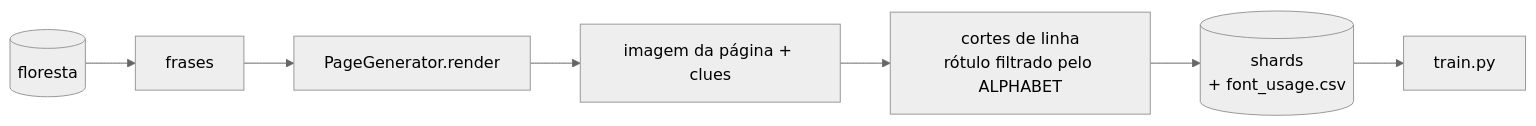
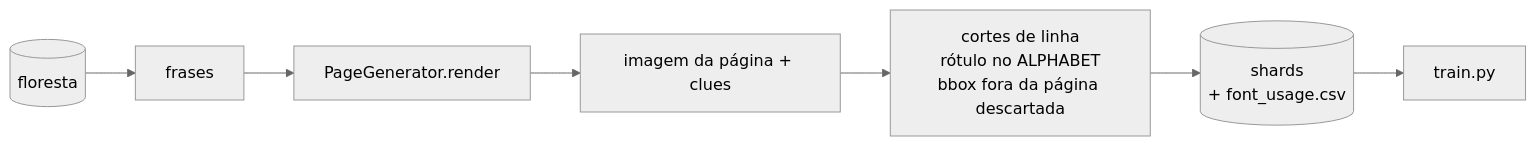
One commit to izacgaldino23/ig-ocr changed the third of 3 diagrams in docs/data-flow.md. Above: the diagram before and after it, drawn with Mermaid (neutral theme). The commit also changed other lines of this file and 9 other files, not shown here.

````diff
--- a/docs/data-flow.md
+++ b/docs/data-flow.md
@@ -48,9 +49,9 @@
 ```mermaid
 flowchart LR
     corpus[(floresta)] --> frases[frases]
     frases --> render[PageGenerator.render]
     render --> page[imagem da página + clues]
-    page --> cortes[cortes de linha<br/>rótulo filtrado pelo ALPHABET]
+    page --> cortes[cortes de linha<br/>rótulo no ALPHABET<br/>bbox fora da página descartada]
     cortes --> shards[(shards<br/>+ font_usage.csv)]
     shards --> treino[train.py]
 ```
````
